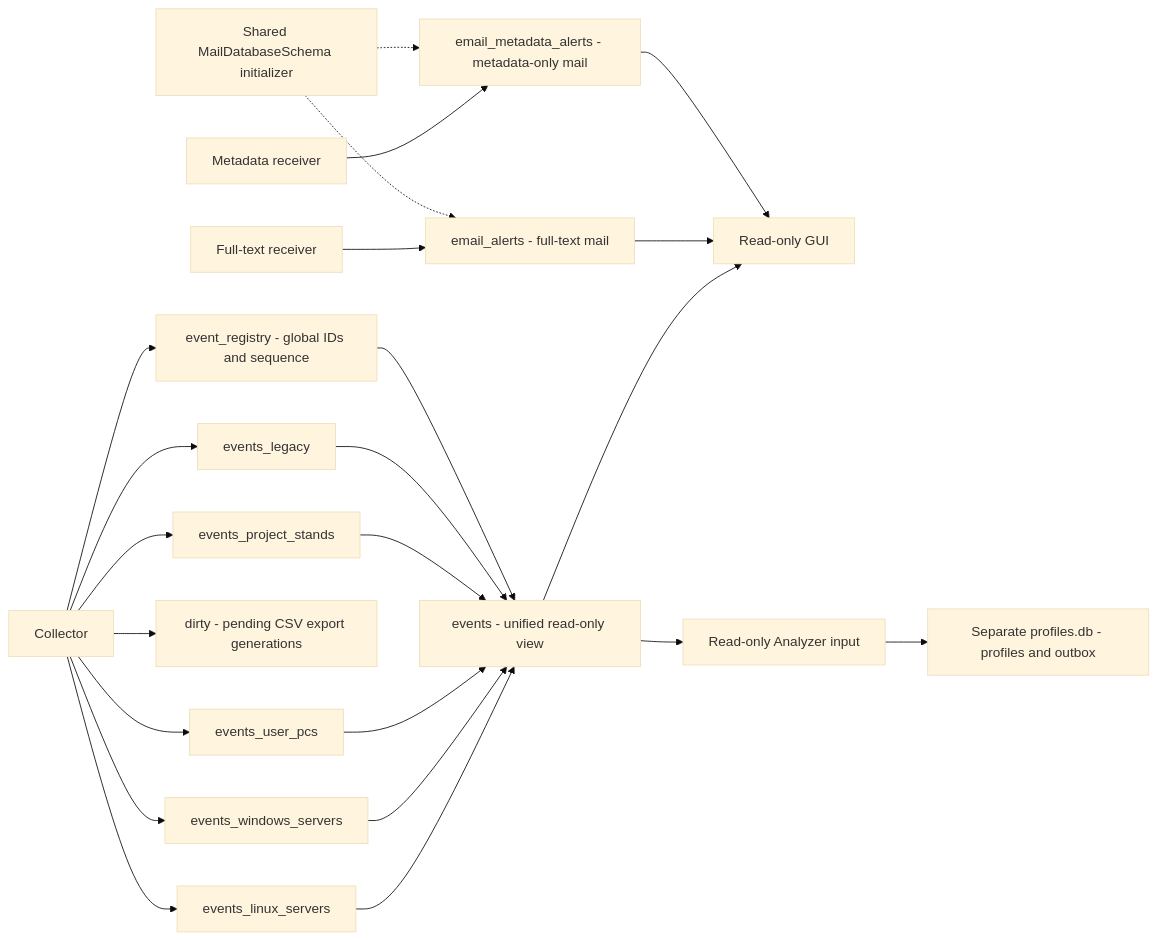
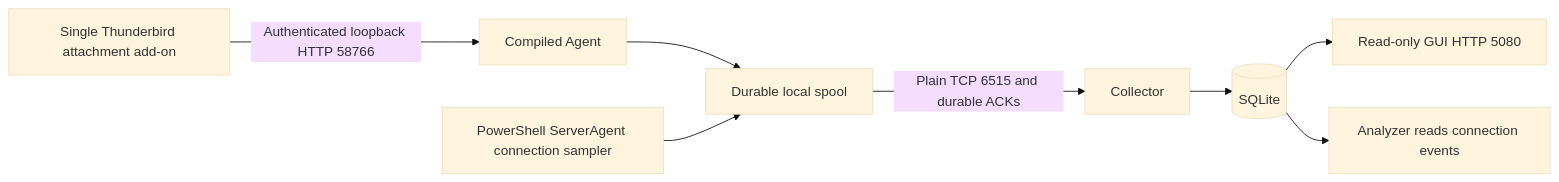
The diagram in SCHEME.md (TEA-GD/Listener), drawn with Mermaid (base theme) before and after one commit. The commit also changed other lines of this file and 72 other files, not shown here.

Commit message:
Replace legacy mail add-ons and receivers with attachment-only reporting through the Agent

````diff
--- a/SCHEME.md
+++ b/SCHEME.md
@@ -98,25 +7,10 @@
 ```mermaid
 flowchart LR
-    C[Collector] --> L[events_linux_servers]
-    C --> W[events_windows_servers]
-    C --> U[events_user_pcs]
-    C --> S[events_project_stands]
-    C --> O[events_legacy]
-    C --> R[event_registry - global IDs and sequence]
-    L --> E[events - unified read-only view]
-    W --> E
-    U --> E
-    S --> E
-    O --> E
-    R --> E
-    C --> D[dirty - pending CSV export generations]
-    RF[Full-text receiver] --> F[email_alerts - full-text mail]
-    RM[Metadata receiver] --> M[email_metadata_alerts - metadata-only mail]
-    H[Shared MailDatabaseSchema initializer] -.-> F
-    H -.-> M
-    E --> G[Read-only GUI]
-    F --> G
-    M --> G
-    E --> A[Read-only Analyzer input]
-    A --> P[Separate profiles.db - profiles and outbox]
+    T[Single Thunderbird attachment add-on] -->|Authenticated loopback HTTP 58766| A[Compiled Agent]
+    A --> S[Durable local spool]
+    P[PowerShell ServerAgent connection sampler] --> S
+    S -->|Plain TCP 6515 and durable ACKs| C[Collector]
+    C --> D[(SQLite)]
+    D --> G[Read-only GUI HTTP 5080]
+    D --> N[Analyzer reads connection events]
 ```
````
